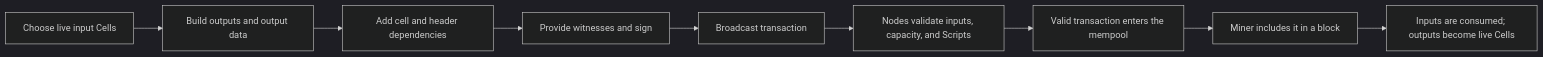
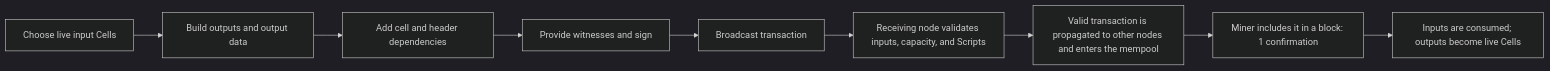
Before and after one commit to lvh1012/CKBuilder: the diagram in week-2/report.md, drawn with Mermaid (dark theme). The commit also changed other lines of this file and 4 other files, not shown here.

````diff
--- a/week-2/report.md
+++ b/week-2/report.md
@@ -53,11 +54,11 @@
    ```mermaid
    flowchart LR
      A[Choose live input Cells] --> B[Build outputs and output data]
      B --> C[Add cell and header dependencies]
      C --> D[Provide witnesses and sign]
      D --> E[Broadcast transaction]
-     E --> F[Nodes validate inputs, capacity, and Scripts]
-     F --> G[Valid transaction enters the mempool]
-     G --> H[Miner includes it in a block]
+     E --> F[Receiving node validates inputs, capacity, and Scripts]
+     F --> G[Valid transaction is propagated to other nodes and enters the mempool]
+     G --> H[Miner includes it in a block: 1 confirmation]
      H --> I[Inputs are consumed; outputs become live Cells]
    ```
````
